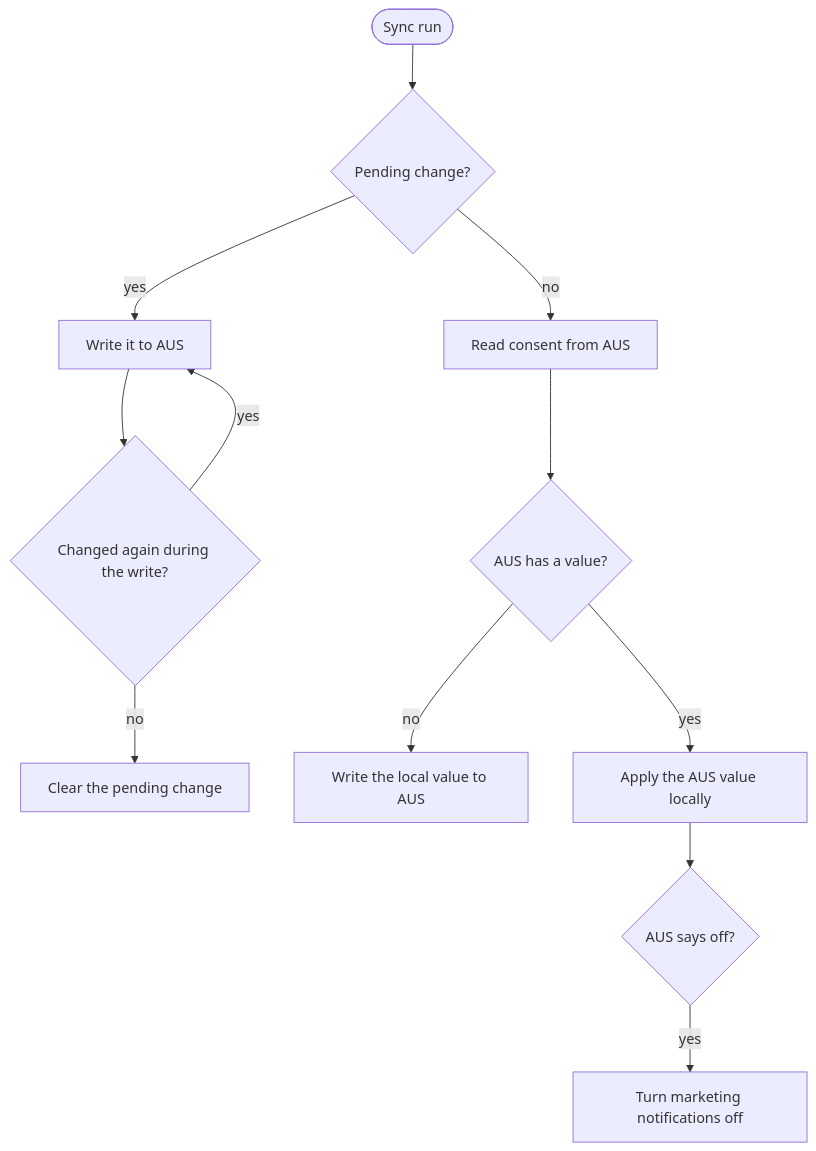
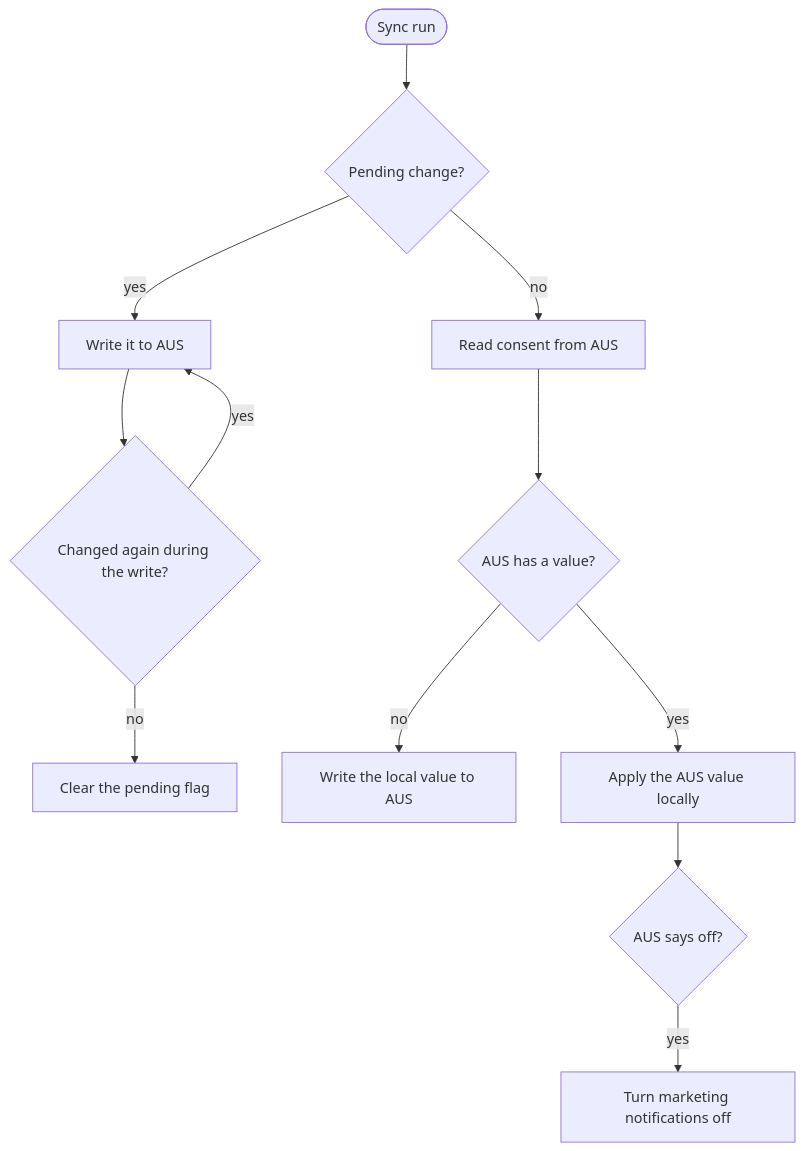
One commit to MetaMask/core changed the second of 2 diagrams in packages/marketing-consent-controller/ARCHITECTURE.md. Above: the diagram before and after it, drawn with Mermaid. The commit also changed other lines of this file and 5 other files, not shown here.

````diff
--- a/packages/marketing-consent-controller/ARCHITECTURE.md
+++ b/packages/marketing-consent-controller/ARCHITECTURE.md
@@ -53,14 +56,14 @@
 ```mermaid
 flowchart TD
   start([Sync run]) --> pending{Pending change?}
   pending -- yes --> write[Write it to AUS]
   write --> newer{Changed again during the write?}
   newer -- yes --> write
-  newer -- no --> clear[Clear the pending change]
+  newer -- no --> clear[Clear the pending flag]
   pending -- no --> read[Read consent from AUS]
   read --> empty{AUS has a value?}
   empty -- no --> upload[Write the local value to AUS]
   empty -- yes --> apply[Apply the AUS value locally]
   apply --> off{AUS says off?}
   off -- yes --> notifications[Turn marketing notifications off]
 ```
````
